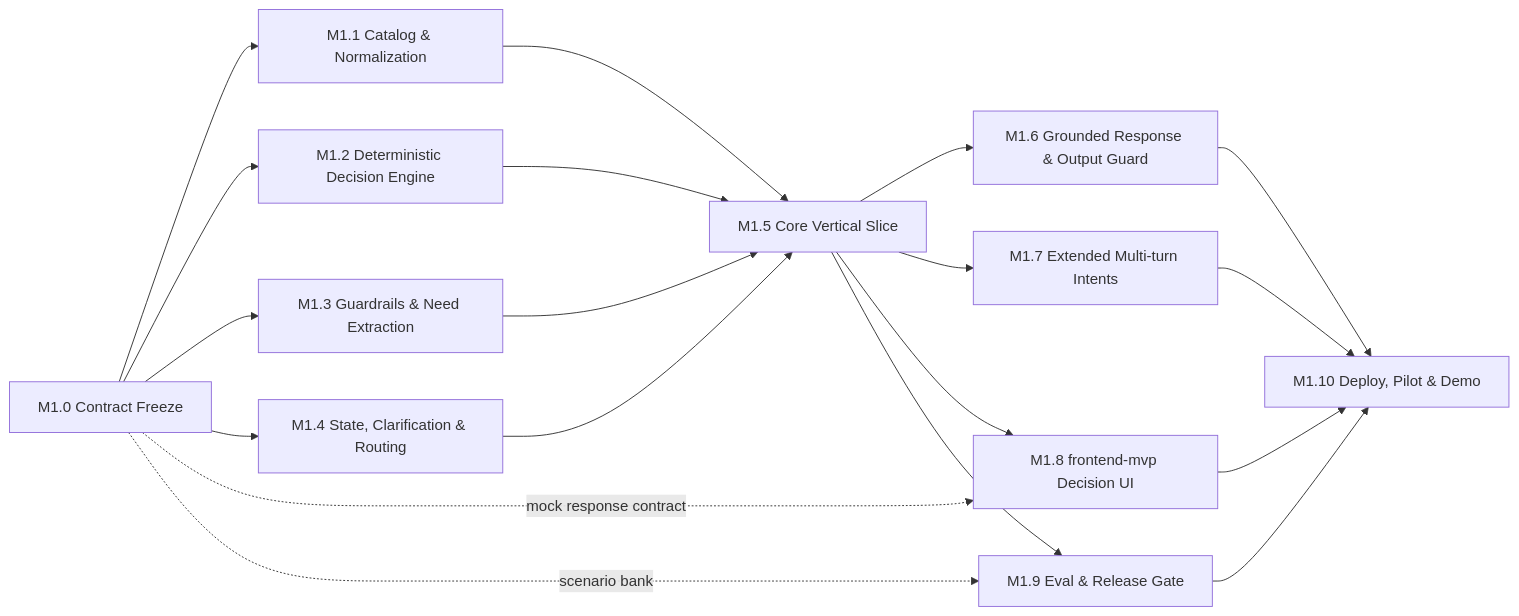
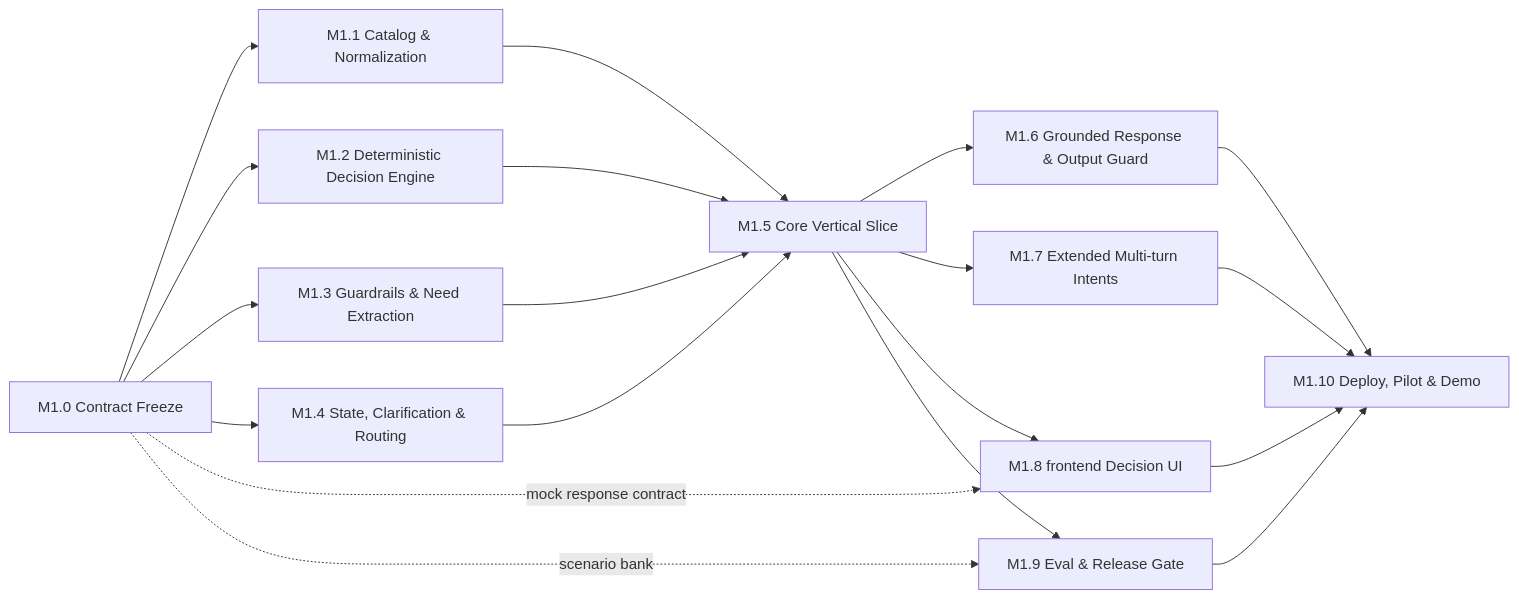
Before and after one commit to MathematicGuy/AI-Hackathon-2026: the first of 2 diagrams in PROJECT_MANAGEMENT.md, drawn with Mermaid. The commit also changed other lines of this file and 51 other files, not shown here.

First line of the commit message:
refactor(frontend): delete frontend-mvp and update citations to frontend

````diff
--- a/PROJECT_MANAGEMENT.md
+++ b/PROJECT_MANAGEMENT.md
@@ -141,33 +141,33 @@
 ```mermaid
 flowchart LR
     M10["M1.0 Contract Freeze"]
     M11["M1.1 Catalog & Normalization"]
     M12["M1.2 Deterministic Decision Engine"]
     M13["M1.3 Guardrails & Need Extraction"]
     M14["M1.4 State, Clarification & Routing"]
     M15["M1.5 Core Vertical Slice"]
     M16["M1.6 Grounded Response & Output Guard"]
     M17["M1.7 Extended Multi-turn Intents"]
-    M18["M1.8 frontend-mvp Decision UI"]
+    M18["M1.8 frontend Decision UI"]
     M19["M1.9 Eval & Release Gate"]
     M110["M1.10 Deploy, Pilot & Demo"]
 
     M10 --> M11
     M10 --> M12
     M10 --> M13
     M10 --> M14
     M10 -. mock response contract .-> M18
     M10 -. scenario bank .-> M19
     M11 --> M15
     M12 --> M15
     M13 --> M15
     M14 --> M15
     M15 --> M16
     M15 --> M17
     M15 --> M18
     M15 --> M19
     M16 --> M110
     M17 --> M110
     M18 --> M110
     M19 --> M110
 ```
````
